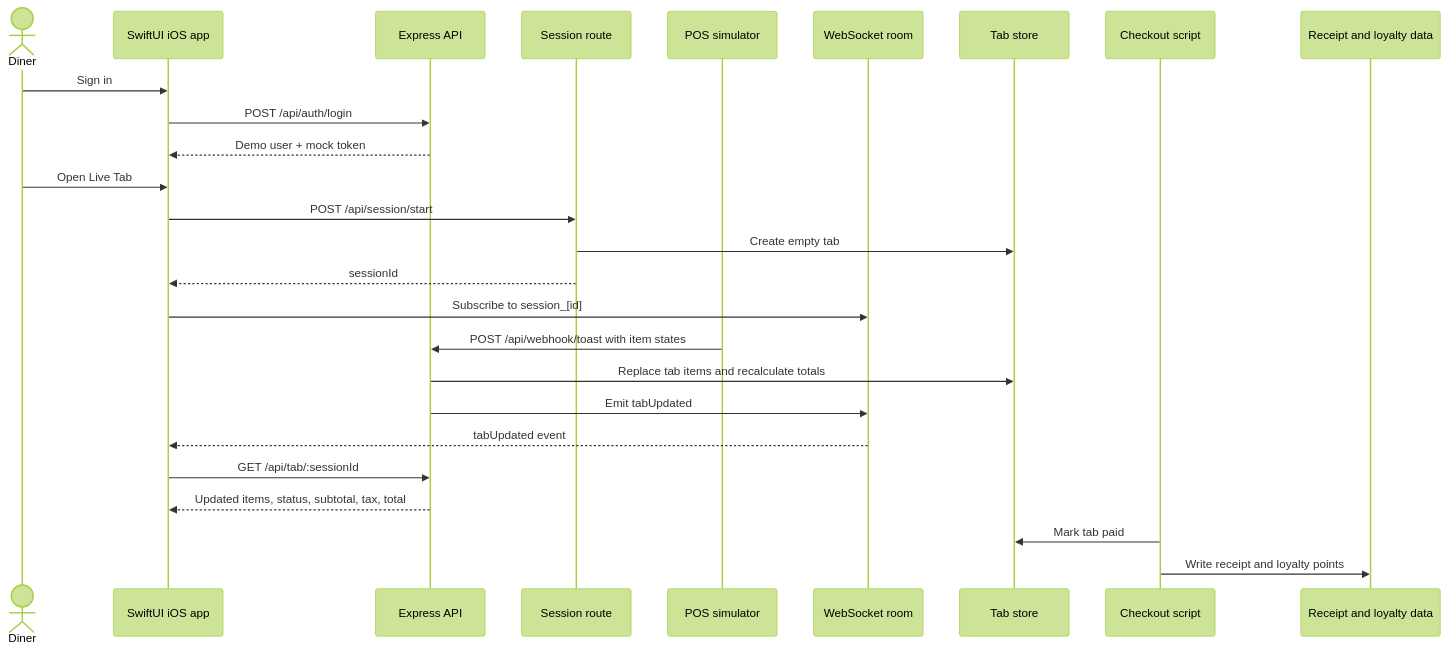
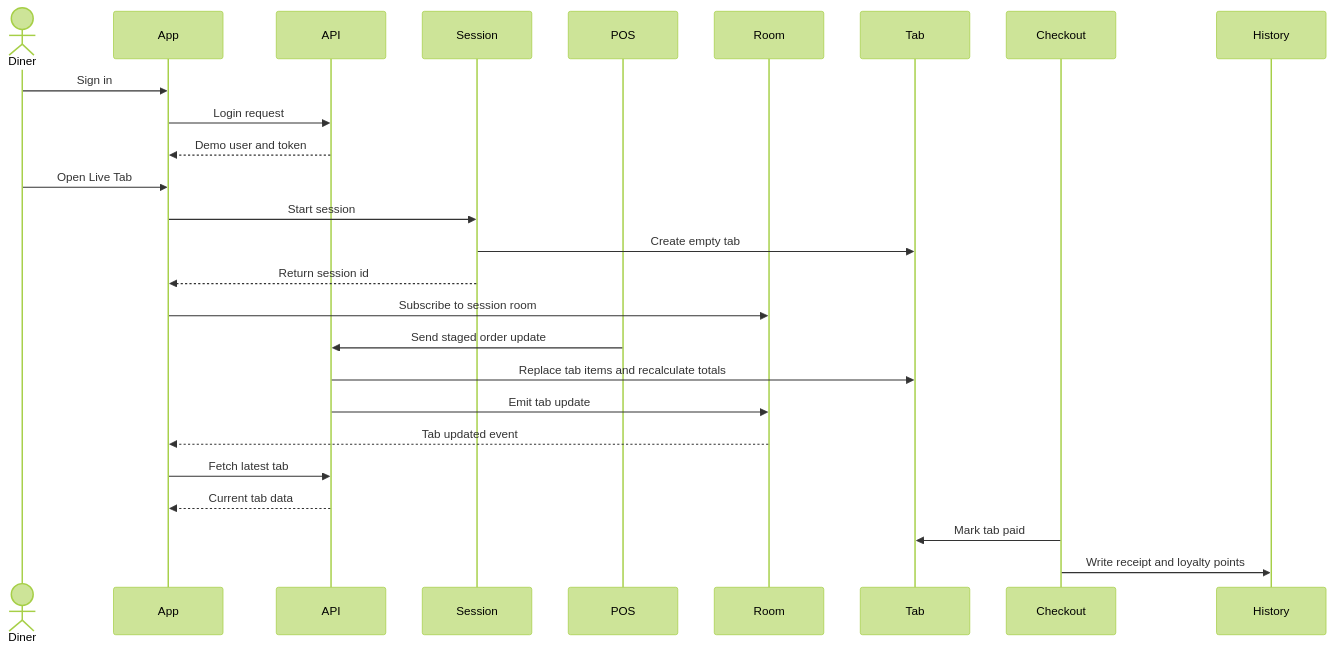
The diagram in assets/capstone-experience/ui-ordering/ordering-workflow-implemented.mmd (ebilguun03/ozora-capstone-portfolio), drawn with Mermaid (forest theme) before and after one commit. The commit also changed 3 other files, not shown here.

Commit message:
Fix experience page mermaid syntax

```diff
--- a/assets/capstone-experience/ui-ordering/ordering-workflow-implemented.mmd
+++ b/assets/capstone-experience/ui-ordering/ordering-workflow-implemented.mmd
@@ -1,27 +1,27 @@
 sequenceDiagram
     actor Diner
-    participant iOS as SwiftUI iOS app
-    participant API as Express API
-    participant Session as Session route
-    participant POS as POS simulator
-    participant WS as WebSocket room
-    participant Tab as Tab store
-    participant Checkout as Checkout script
-    participant History as Receipt and loyalty data
+    participant App
+    participant API
+    participant Session
+    participant POS
+    participant Room
+    participant Tab
+    participant Checkout
+    participant History
 
-    Diner->>iOS: Sign in
-    iOS->>API: POST /api/auth/login
-    API-->>iOS: Demo user + mock token
-    Diner->>iOS: Open Live Tab
-    iOS->>Session: POST /api/session/start
+    Diner->>App: Sign in
+    App->>API: Login request
+    API-->>App: Demo user and token
+    Diner->>App: Open Live Tab
+    App->>Session: Start session
     Session->>Tab: Create empty tab
-    Session-->>iOS: sessionId
-    iOS->>WS: Subscribe to session_[id]
-    POS->>API: POST /api/webhook/toast with item states
+    Session-->>App: Return session id
+    App->>Room: Subscribe to session room
+    POS->>API: Send staged order update
     API->>Tab: Replace tab items and recalculate totals
-    API->>WS: Emit tabUpdated
-    WS-->>iOS: tabUpdated event
-    iOS->>API: GET /api/tab/:sessionId
-    API-->>iOS: Updated items, status, subtotal, tax, total
+    API->>Room: Emit tab update
+    Room-->>App: Tab updated event
+    App->>API: Fetch latest tab
+    API-->>App: Current tab data
     Checkout->>Tab: Mark tab paid
     Checkout->>History: Write receipt and loyalty points
```
